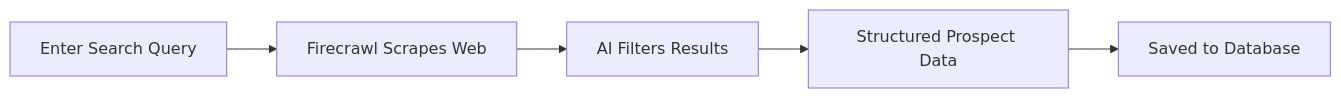
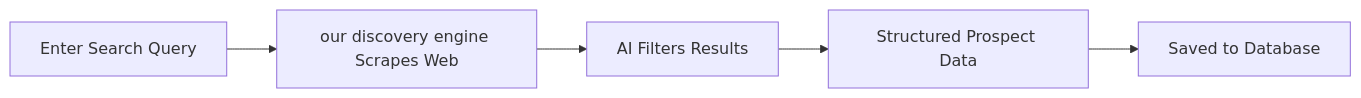
The diagram in sales-automation/finding-prospects.mdx (cadmarlow/mintlify-docs), drawn with Mermaid before and after one commit. The commit also changed other lines of this file and 20 other files, not shown here.

````diff
--- a/sales-automation/finding-prospects.mdx
+++ b/sales-automation/finding-prospects.mdx
@@ -14,7 +14,7 @@
 ```mermaid
 graph LR
-    A[Enter Search Query] --> B[Firecrawl Scrapes Web]
+    A[Enter Search Query] --> B[our discovery engine Scrapes Web]
     B --> C[AI Filters Results]
     C --> D[Structured Prospect Data]
     D --> E[Saved to Database]
 ```
````
